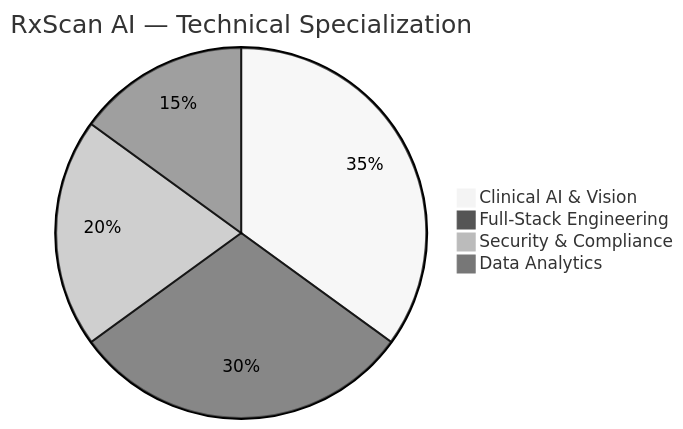
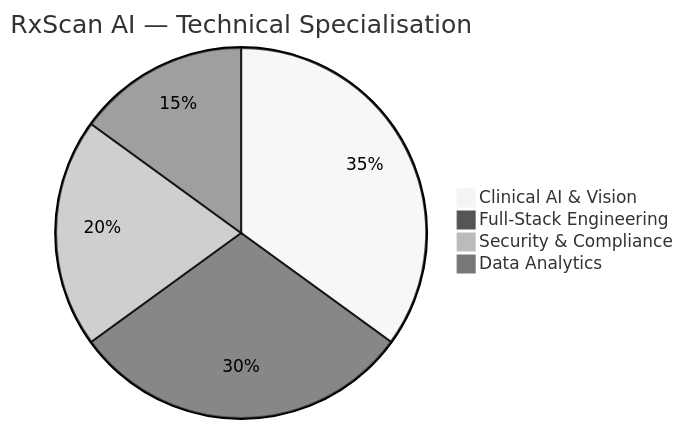
Before and after one commit to salonyranjan/RxScan-AI: the third of 3 diagrams in README.md, drawn with Mermaid (neutral theme). The commit also changed other lines of this file, not shown here.

````diff
--- a/README.md
+++ b/README.md
@@ -568,7 +592,7 @@
 ```mermaid
-pie title RxScan AI — Technical Specialization
-    "Clinical AI & Vision" : 35
-    "Full-Stack Engineering" : 30
-    "Security & Compliance" : 20
-    "Data Analytics" : 15
+pie title RxScan AI — Technical Specialisation
+    "Clinical AI & Vision"      : 35
+    "Full-Stack Engineering"    : 30
+    "Security & Compliance"     : 20
+    "Data Analytics"            : 15
 ```
````
